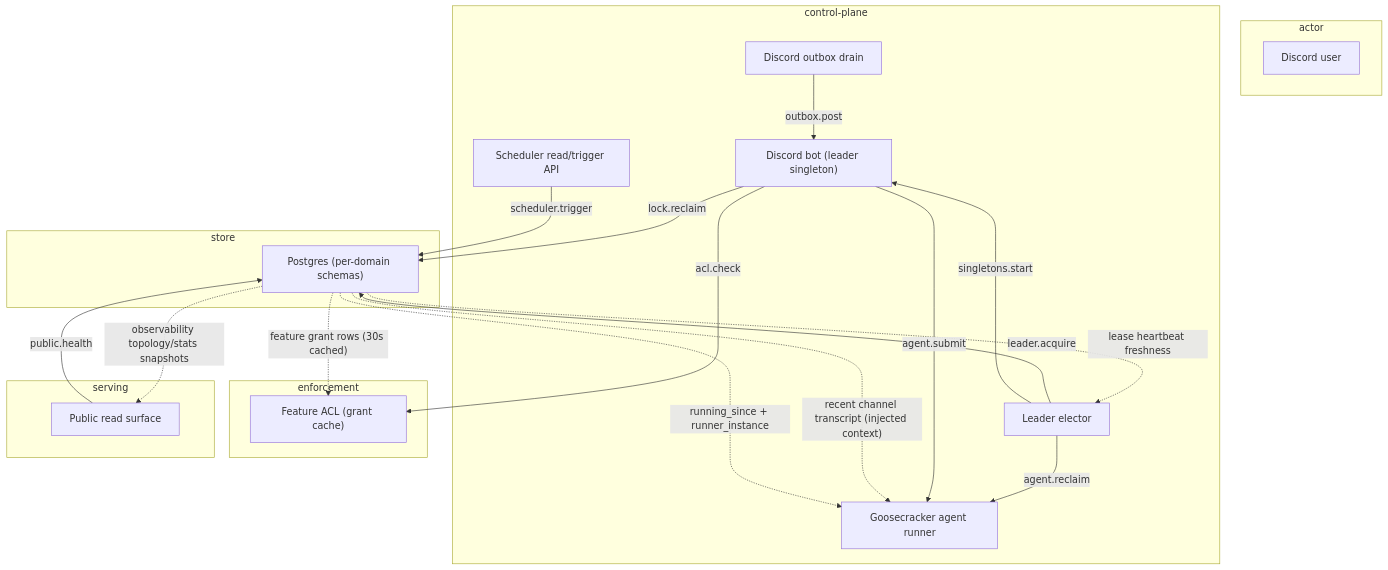
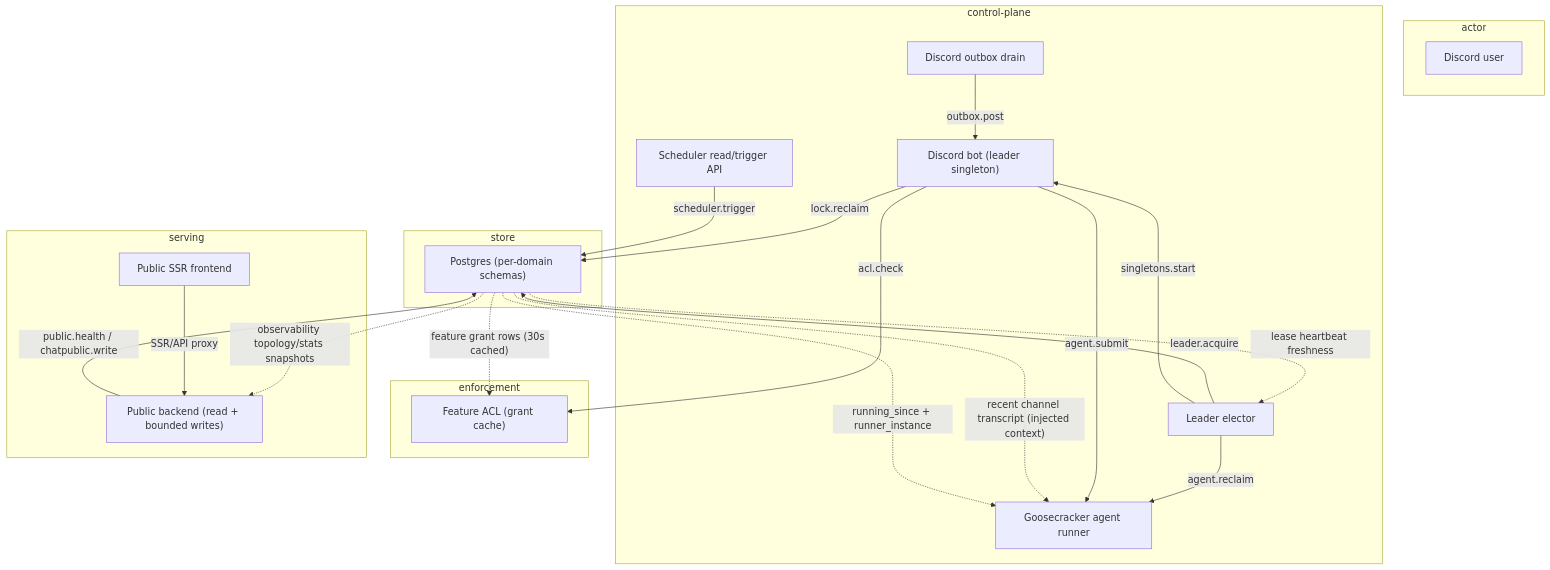
One commit to jomcgi-org/homelab changed the first of 2 diagrams in projects/monolith/STPA.md. Above: the diagram before and after it, drawn with Mermaid. The commit also changed other lines of this file, not shown here.

````diff
--- a/projects/monolith/STPA.md
+++ b/projects/monolith/STPA.md
@@ -27,36 +27,38 @@
 ```mermaid
 flowchart TD
   subgraph actor["actor"]
     discord-user["Discord user"]
   end
   subgraph control_plane["control-plane"]
     agent-runner["Goosecracker agent runner"]
     bot["Discord bot (leader singleton)"]
     leader-elector["Leader elector"]
     outbox["Discord outbox drain"]
     scheduler-api["Scheduler read/trigger API"]
   end
   subgraph enforcement["enforcement"]
     acl["Feature ACL (grant cache)"]
   end
   subgraph serving["serving"]
-    public-api["Public read surface"]
+    public-api["Public backend (read + bounded writes)"]
+    public-frontend["Public SSR frontend"]
   end
   subgraph store["store"]
     postgres["Postgres (per-domain schemas)"]
   end
   bot -- "acl.check" --> acl
   leader-elector -- "agent.reclaim" --> agent-runner
   bot -- "agent.submit" --> agent-runner
   leader-elector -- "leader.acquire" --> postgres
   bot -- "lock.reclaim" --> postgres
   outbox -- "outbox.post" --> bot
-  public-api -- "public.health" --> postgres
+  public-api -- "public.health / chatpublic.write" --> postgres
   scheduler-api -- "scheduler.trigger" --> postgres
   leader-elector -- "singletons.start" --> bot
   postgres -. "feature grant rows (30s cached)" .-> acl
   postgres -. "recent channel transcript (injected context)" .-> agent-runner
   postgres -. "running_since + runner_instance" .-> agent-runner
   postgres -. "lease heartbeat freshness" .-> leader-elector
   postgres -. "observability topology/stats snapshots" .-> public-api
+  public-frontend -- "SSR/API proxy" --> public-api
 ```
````
